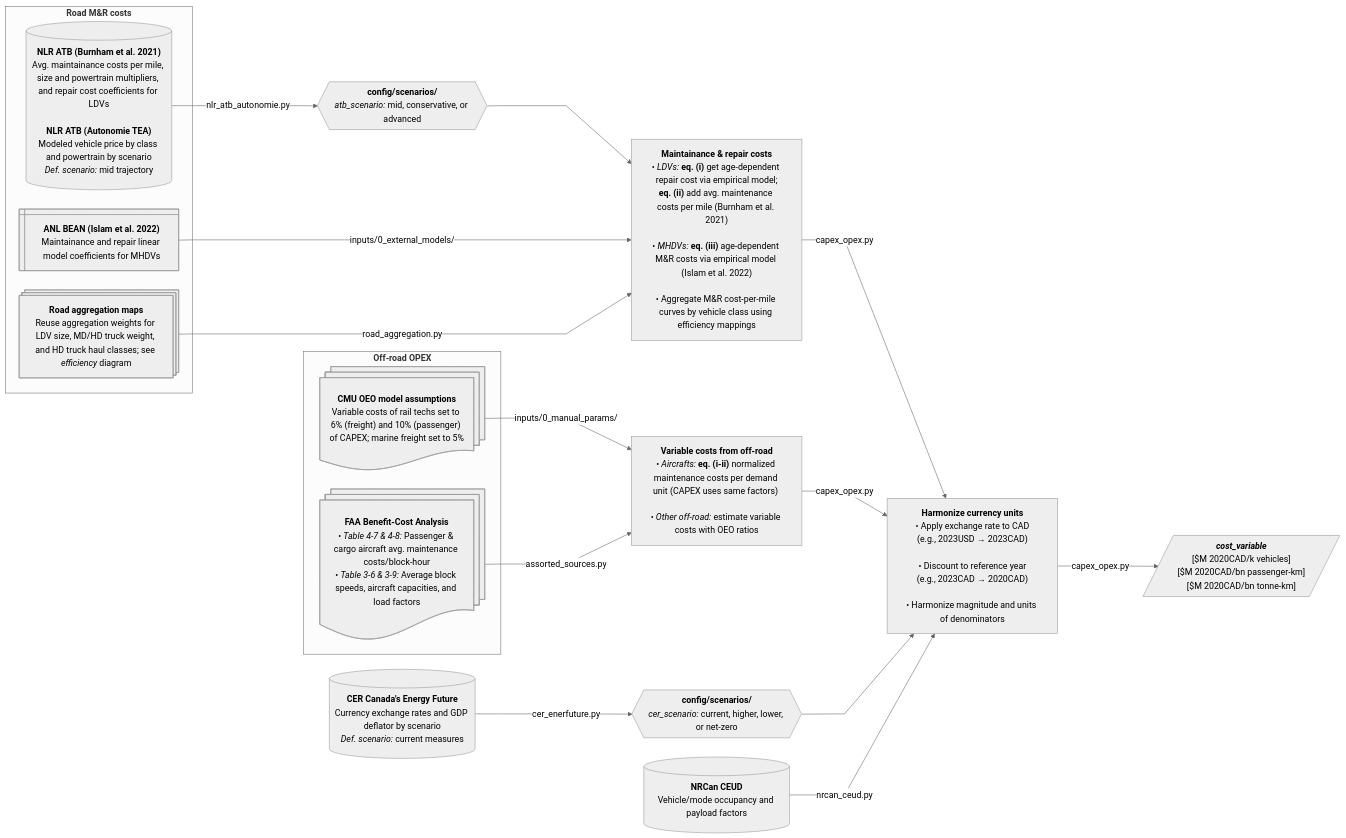
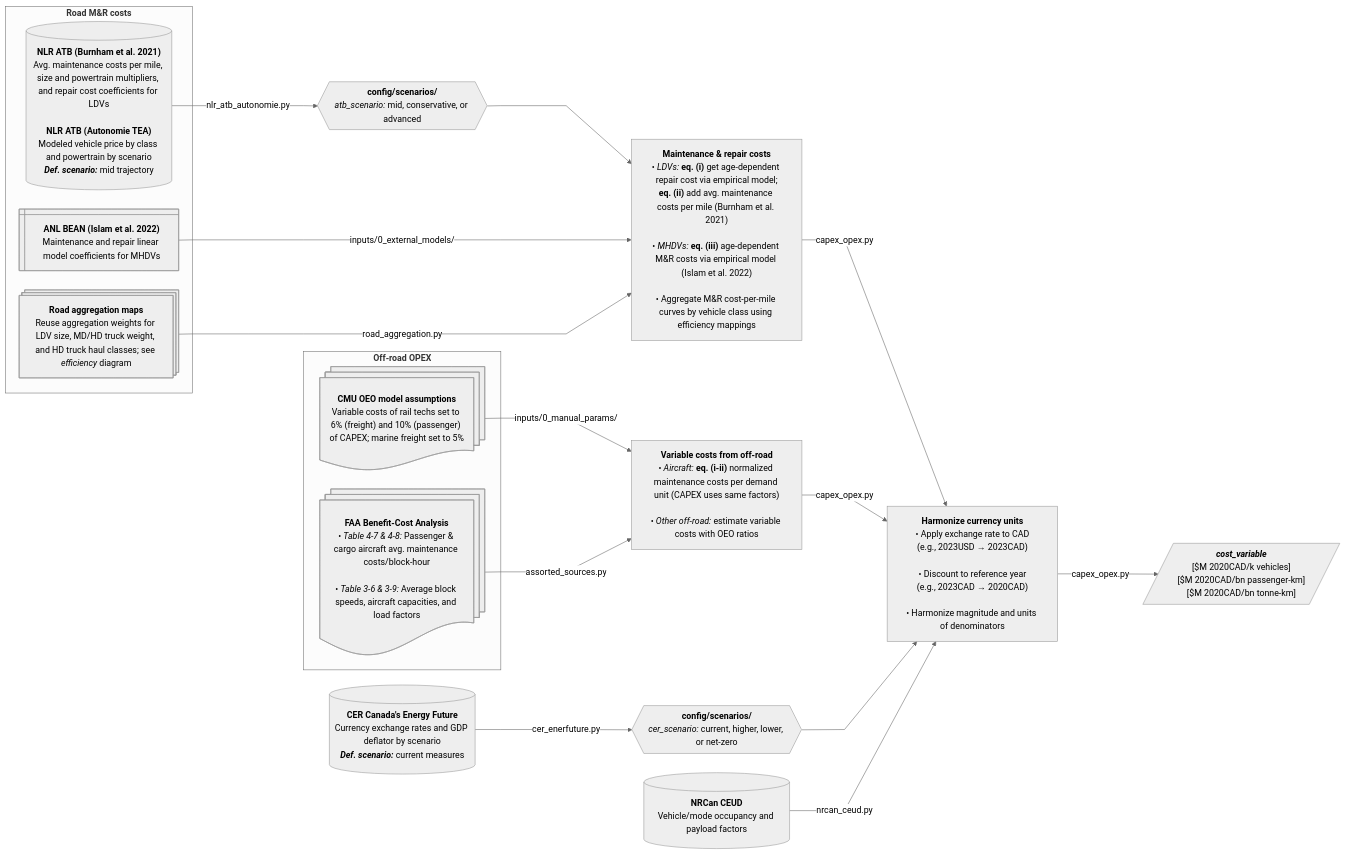
Before and after one commit to CANOE-main/canoe-transportation: the eighth of 12 diagrams in docs/etl_flowcharts.md, drawn with Mermaid (neutral theme). The commit also changed other lines of this file and 10 other files, not shown here.

```diff
--- a/docs/etl_flowcharts.md
+++ b/docs/etl_flowcharts.md
@@ -544,42 +656,70 @@
     curve: linear
 ---
 flowchart LR
+  %% ########### Sources ###########
   subgraph offroad["`**Off-road OPEX**`"]
-	  %% --- Sources ---
-	  s7@{shape: docs, label: "**CMU OEO model assumptions**<br>Variable costs of rail techs set to 6% (freight) and 10% (passenger) of CAPEX; marine freight set to 5%"}
-	  s8@{shape: docs, label: "**FAA Benefit-Cost Analysis**<br>• *Table 4-7 & 4-8:* Passenger & cargo aircraft avg. maintenance costs/block-hour<br>• *Table 3-6 & 3-9:* Average block speeds, aircraft capacities, and load factors"}
+    s7@{shape: docs, label: "**CMU OEO model assumptions**
+      Variable costs of rail techs set to 6% (freight) and 10% (passenger) of CAPEX; marine freight set to 5%"}
+    s8@{shape: docs, label: "**FAA Benefit-Cost Analysis**
+      • *Table 4-7 & 4-8:* Passenger & cargo aircraft avg. maintenance costs/block-hour<br>
+      • *Table 3-6 & 3-9:* Average block speeds, aircraft capacities, and load factors"}
   end
 
-  %% --- Processes ---
-  p3["`**Variable costs from off-road**<br>• *Aircrafts:* **eq. (i-ii)** normalized maintenance costs per demand unit (CAPEX uses same factors) <br><br>• *Other off-road:* estimate variable costs with OEO ratios`"]
+  %% ########### Processes ###########
+  p3["`**Variable costs from off-road**
+    • *Aircraft:* **eq. (i-ii)** normalized maintenance costs per demand unit (CAPEX uses same factors)<br>
+    • *Other off-road:* estimate variable costs with OEO ratios`"]
   s7 -- inputs/0_manual_params/ --> p3
   s8 -- assorted_sources.py --> p3
 
+  %% ########### Sources ###########
   subgraph road["`**Road M&R costs**`"]
-	  %% --- Sources ---
-	  s1@{shape: processes, label: "**Road aggregation maps**<br>Reuse aggregation weights for LDV size, MD/HD truck weight, and HD truck haul classes; see *efficiency* diagram"}
-	  s2[("`**NLR ATB (Burnham et al. 2021)**<br>Avg. maintainance costs per mile, size and powertrain multipliers, and repair cost coefficients for LDVs<br><br>**NLR ATB (Autonomie TEA)**<br>Modeled vehicle price by class and powertrain by scenario<br>*Def. scenario:* mid trajectory`")]
-	  s3@{shape: win-pane, label: "**ANL BEAN (Islam et al. 2022)**<br>Maintainance and repair linear model coefficients for MHDVs"}
+    s1@{shape: processes, label: "**Road aggregation maps**
+      Reuse aggregation weights for LDV size, MD/HD truck weight, and HD truck haul classes; see *efficiency* diagram"}
+    s2[("`**NLR ATB (Burnham et al. 2021)**
+      Avg. maintenance costs per mile, size and powertrain multipliers, and repair cost coefficients for LDVs<br>
+      **NLR ATB (Autonomie TEA)**
+      Modeled vehicle price by class and powertrain by scenario
+      ***Def. scenario:*** mid trajectory`")]
+    s3@{shape: win-pane, label: "**ANL BEAN (Islam et al. 2022)**
+      Maintenance and repair linear model coefficients for MHDVs"}
   end
 
-  %% --- Processes ---
-  p0_2@{shape: hex, label: "**config/scenarios/**<br>*atb_scenario:* mid, conservative, or advanced"}
-  p2["`**Maintainance & repair costs**<br>• *LDVs:* **eq. (i)** get age-dependent repair cost via empirical model;<br>**eq. (ii)** add avg. maintenance costs per mile (Burnham et al. 2021)<br><br>• *MHDVs:* **eq. (iii)** age-dependent M&R costs via empirical model (Islam et al. 2022)<br><br>• Aggregate M&R cost-per-mile curves by vehicle class using efficiency mappings`"]
+  %% ########### Processes ###########
+  p0_2@{shape: hex, label: "**config/scenarios/**
+    *atb_scenario:* mid, conservative, or advanced"}
+  p2["`**Maintenance & repair costs**
+    • *LDVs:* **eq. (i)** get age-dependent repair cost via empirical model;
+    **eq. (ii)** add avg. maintenance costs per mile (Burnham et al. 2021)<br>
+    • *MHDVs:* **eq. (iii)** age-dependent M&R costs via empirical model (Islam et al. 2022)<br>
+    • Aggregate M&R cost-per-mile curves by vehicle class using efficiency mappings`"]
   s2 -- nlr_atb_autonomie.py --> p0_2 --> p2
   s3 -- inputs/0_external_models/ --> p2
   s1 -- road_aggregation.py --> p2
 
-  s0[("`**CER Canada's Energy Future**<br>Currency exchange rates and GDP deflator by scenario<br>*Def. scenario:* current measures`")]
-  s9[("`**NRCan CEUD**<br>Vehicle/mode occupancy and payload factors`")]
+  s0[("`**CER Canada's Energy Future**
+    Currency exchange rates and GDP deflator by scenario
+    ***Def. scenario:*** current measures`")]
+  s9[("`**NRCan CEUD**
+    Vehicle/mode occupancy and payload factors`")]
 
-  p0@{shape: hex, label: "**config/scenarios/**<br>*cer_scenario:* current, higher, lower, or net-zero"}
-  p4["`**Harmonize currency units**<br>• Apply exchange rate to CAD<br>(e.g., 2023USD → 2023CAD)<br><br>• Discount to reference year<br>(e.g., 2023CAD → 2020CAD)<br><br>• Harmonize magnitude and units of denominators`"]
+  p0@{shape: hex, label: "**config/scenarios/**
+    *cer_scenario:* current, higher, lower, or net-zero"}
+  p4["`**Harmonize currency units**
+    • Apply exchange rate to CAD
+    (e.g., 2023USD → 2023CAD)<br>
+    • Discount to reference year
+    (e.g., 2023CAD → 2020CAD)<br>
+    • Harmonize magnitude and units of denominators`"]
   p2 -- capex_opex.py --> p4
   p3 -- capex_opex.py --> p4
   s0 -- cer_enerfuture.py --> p0 --> p4
   s9 -- nrcan_ceud.py --> p4
 
-  p4 -- capex_opex.py --> o1[/"`***cost_variable***<br>[$M 2020CAD/k vehicles]<br>[$M 2020CAD/bn passenger-km]<br>[$M 2020CAD/bn tonne-km]`"/]
+  p4 -- capex_opex.py --> o1[/"`***cost_variable***
+    [$M 2020CAD/k vehicles]
+    [$M 2020CAD/bn passenger-km]
+    [$M 2020CAD/bn tonne-km]`"/]
 
   %% --- Hyperlinks ---
   click s9 "https://oee.nrcan.gc.ca/corporate/statistics/neud/dpa/menus/trends/comprehensive_tables/list.cfm"
```
